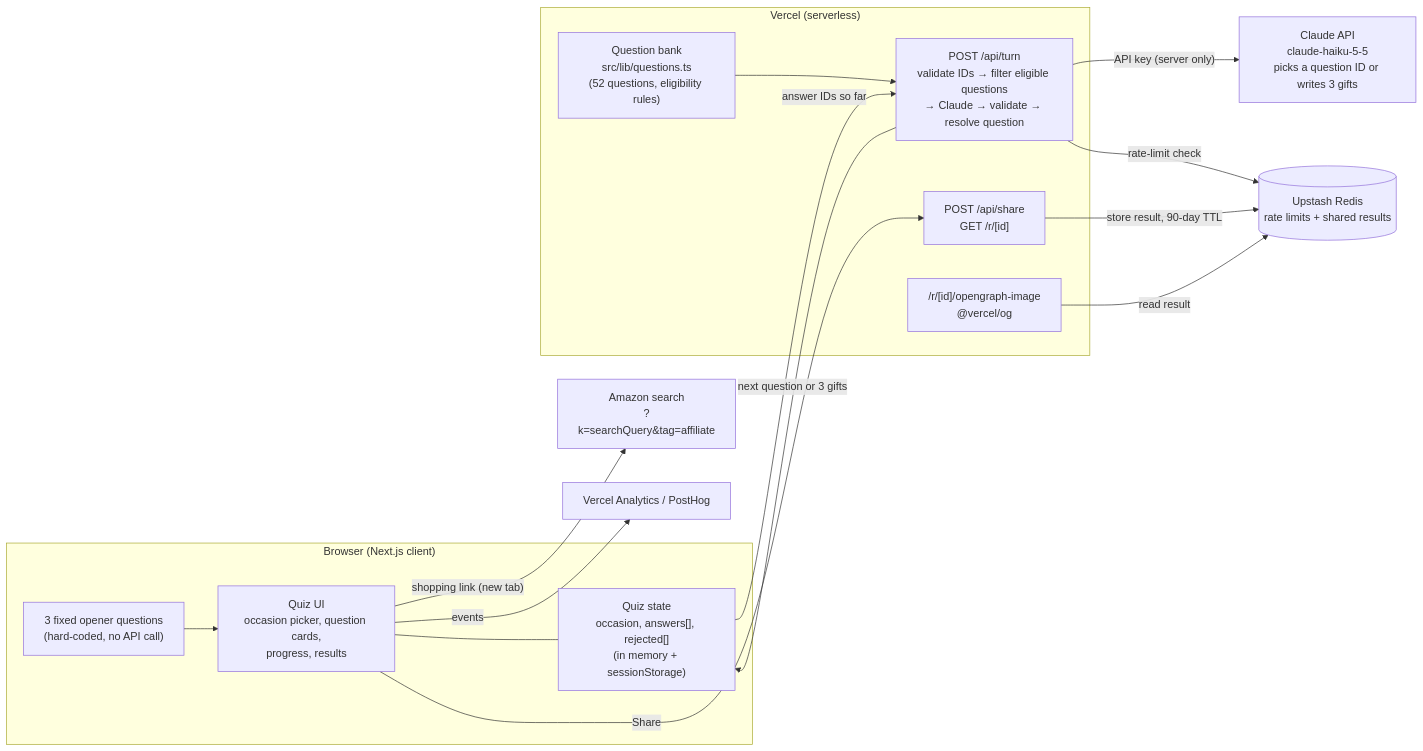
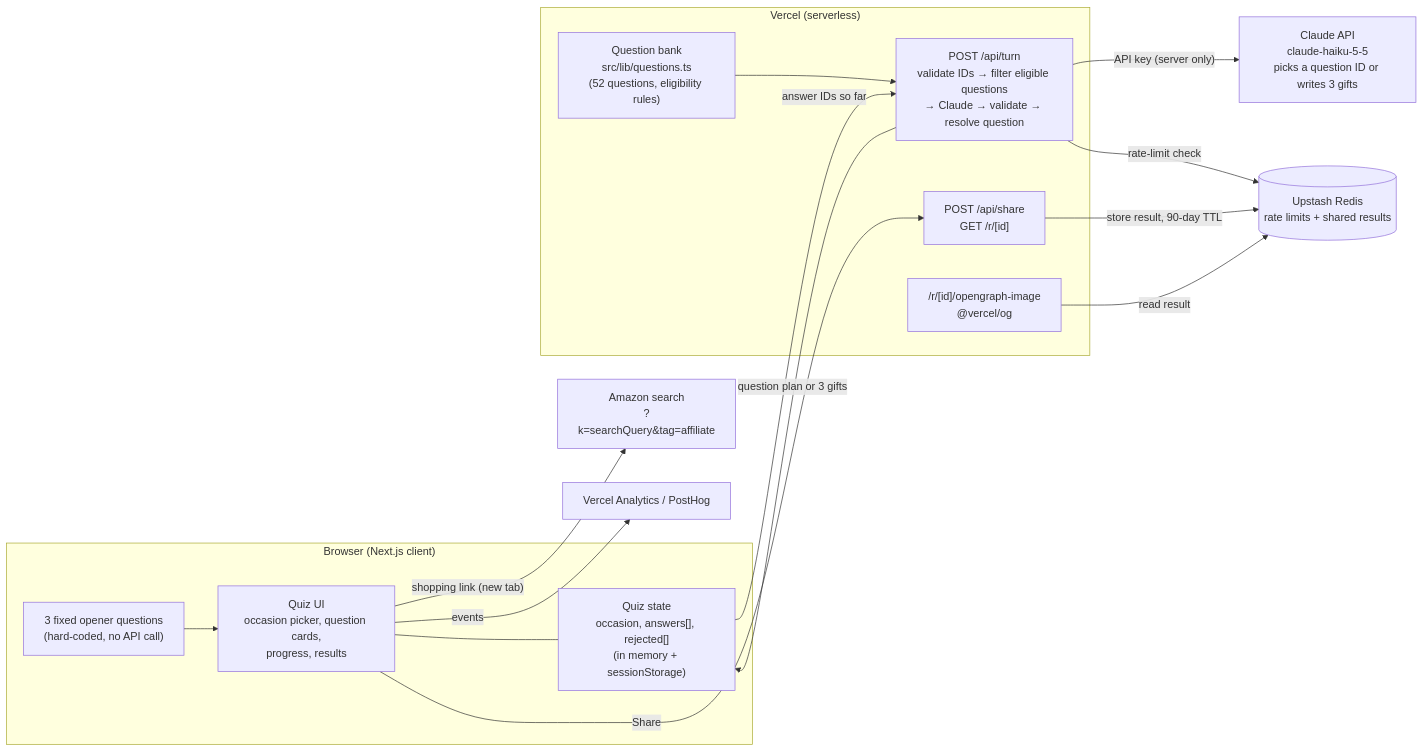
Before and after one commit to kwokeric/giftd: the diagram in giftd — Implementation Plan.md, drawn with Mermaid. The commit also changed other lines of this file and 13 other files, not shown here.

````diff
--- a/giftd — Implementation Plan.md
+++ b/giftd — Implementation Plan.md
@@ -22,33 +22,33 @@
 ```mermaid
 flowchart LR
     subgraph Browser["Browser (Next.js client)"]
         UI["Quiz UI<br/>occasion picker, question cards,<br/>progress, results"]
         State["Quiz state<br/>occasion, answers[], rejected[]<br/>(in memory + sessionStorage)"]
         Fixed["3 fixed opener questions<br/>(hard-coded, no API call)"]
         UI --- State
         Fixed --> UI
     end
 
     subgraph Vercel["Vercel (serverless)"]
         Bank["Question bank<br/>src/lib/questions.ts<br/>(52 questions, eligibility rules)"]
         Turn["POST /api/turn<br/>validate IDs → filter eligible questions<br/>→ Claude → validate → resolve question"]
         Bank --> Turn
         Share["POST /api/share<br/>GET /r/[id]"]
         OG["/r/[id]/opengraph-image<br/>@vercel/og"]
     end
 
     Claude["Claude API<br/>claude-haiku-5-5<br/>picks a question ID or writes 3 gifts"]
     Redis[("Upstash Redis<br/>rate limits + shared results")]
     Amazon["Amazon search<br/>?k=searchQuery&tag=affiliate"]
     Analytics["Vercel Analytics / PostHog"]
 
     State -- "answer IDs so far" --> Turn
-    Turn -- "next question or 3 gifts" --> State
+    Turn -- "question plan or 3 gifts" --> State
     Turn -- "API key (server only)" --> Claude
     Turn -- "rate-limit check" --> Redis
     UI -- "Share" --> Share
     Share -- "store result, 90-day TTL" --> Redis
     OG -- "read result" --> Redis
     UI -- "shopping link (new tab)" --> Amazon
     UI -- "events" --> Analytics
 ```
````
